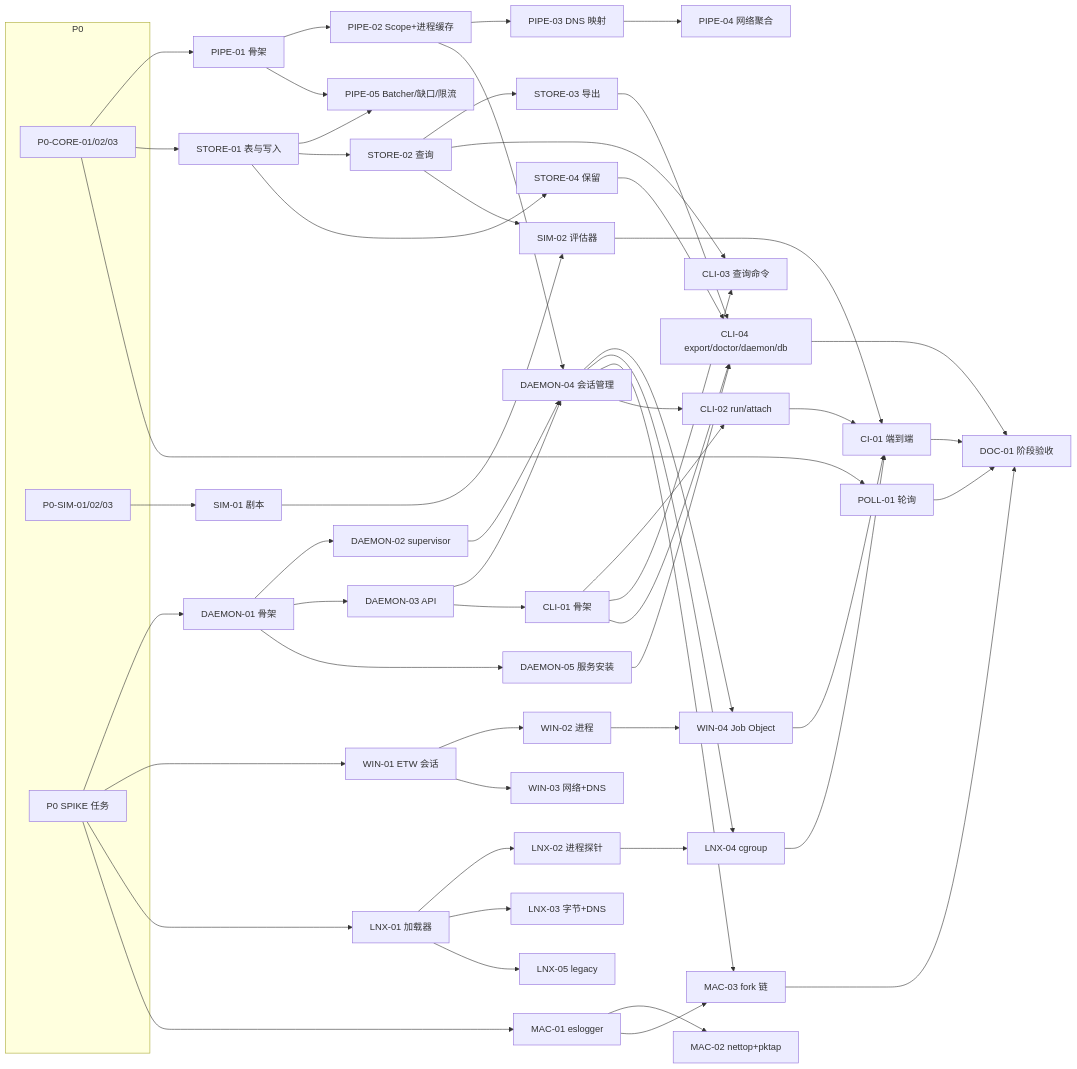
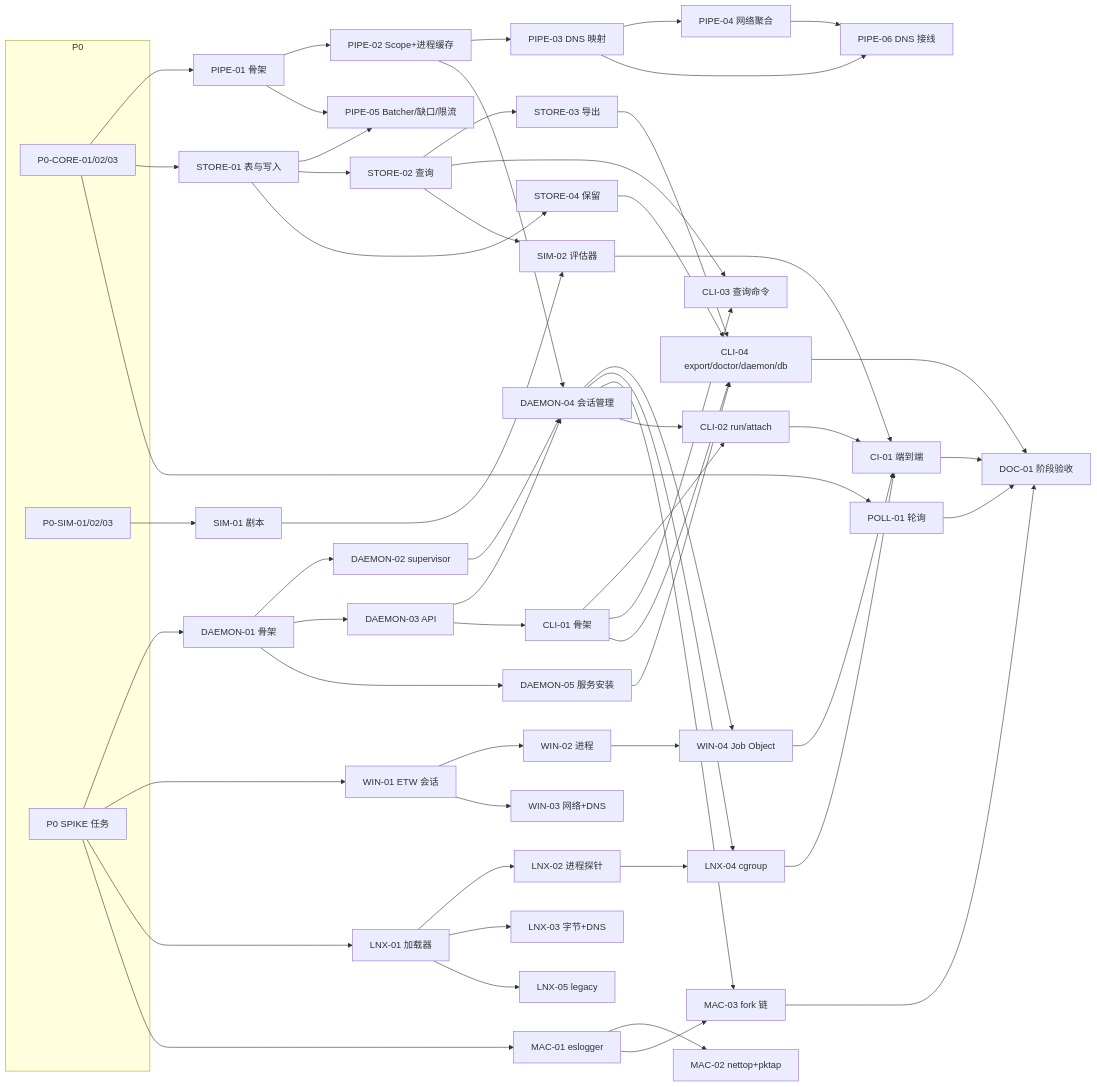
Before and after one commit to nicechencs/AgentWatch: the diagram in docs/04-plan/tasks/P1-mvp.md, drawn with Mermaid. The commit also changed other lines of this file and 6 other files, not shown here.

First line of the commit message:
pipe: 默认聚合阶段接入 DNS 归属 (P1-PIPE-06)

````diff
--- a/docs/04-plan/tasks/P1-mvp.md
+++ b/docs/04-plan/tasks/P1-mvp.md
@@ -78,68 +79,69 @@
 ```mermaid
 flowchart LR
     subgraph P0
       P0CORE[P0-CORE-01/02/03]
       P0SIM[P0-SIM-01/02/03]
       P0SPK[P0 SPIKE 任务]
     end
     P0CORE --> PIPE01[PIPE-01 骨架]
     P0CORE --> STORE01[STORE-01 表与写入]
     P0SPK --> DAEMON01[DAEMON-01 骨架]
     P0SIM --> SIM01[SIM-01 剧本]
     P0CORE --> POLL01[POLL-01 轮询]
     P0SPK --> WIN01[WIN-01 ETW 会话]
     P0SPK --> LNX01[LNX-01 加载器]
     P0SPK --> MAC01[MAC-01 eslogger]
 
     PIPE01 --> PIPE02[PIPE-02 Scope+进程缓存]
     PIPE02 --> PIPE03[PIPE-03 DNS 映射]
     PIPE03 --> PIPE04[PIPE-04 网络聚合]
+    PIPE03 & PIPE04 --> PIPE06[PIPE-06 DNS 接线]
     PIPE01 --> PIPE05[PIPE-05 Batcher/缺口/限流]
     STORE01 --> PIPE05
     STORE01 --> STORE02[STORE-02 查询]
     STORE01 --> STORE04[STORE-04 保留]
     STORE02 --> STORE03[STORE-03 导出]
 
     DAEMON01 --> DAEMON02[DAEMON-02 supervisor]
     DAEMON01 --> DAEMON03[DAEMON-03 API]
     DAEMON01 --> DAEMON05[DAEMON-05 服务安装]
     DAEMON02 --> DAEMON04[DAEMON-04 会话管理]
     DAEMON03 --> DAEMON04
     PIPE02 --> DAEMON04
 
     WIN01 --> WIN02[WIN-02 进程]
     WIN01 --> WIN03[WIN-03 网络+DNS]
     WIN02 --> WIN04[WIN-04 Job Object]
     DAEMON04 --> WIN04
 
     LNX01 --> LNX02[LNX-02 进程探针]
     LNX01 --> LNX03[LNX-03 字节+DNS]
     LNX01 --> LNX05[LNX-05 legacy]
     LNX02 --> LNX04[LNX-04 cgroup]
     DAEMON04 --> LNX04
 
     MAC01 --> MAC02[MAC-02 nettop+pktap]
     MAC01 --> MAC03[MAC-03 fork 链]
     DAEMON04 --> MAC03
 
     DAEMON03 --> CLI01[CLI-01 骨架]
     CLI01 --> CLI02[CLI-02 run/attach]
     DAEMON04 --> CLI02
     CLI01 --> CLI03[CLI-03 查询命令]
     STORE02 --> CLI03
     CLI01 --> CLI04[CLI-04 export/doctor/daemon/db]
     STORE03 --> CLI04
     STORE04 --> CLI04
     DAEMON05 --> CLI04
 
     SIM01 --> SIM02[SIM-02 评估器]
     STORE02 --> SIM02
     SIM02 --> CI01[CI-01 端到端]
     WIN04 --> CI01
     LNX04 --> CI01
     CLI02 --> CI01
     CI01 --> DOC01[DOC-01 阶段验收]
     MAC03 --> DOC01
     POLL01 --> DOC01
     CLI04 --> DOC01
 ```
````
